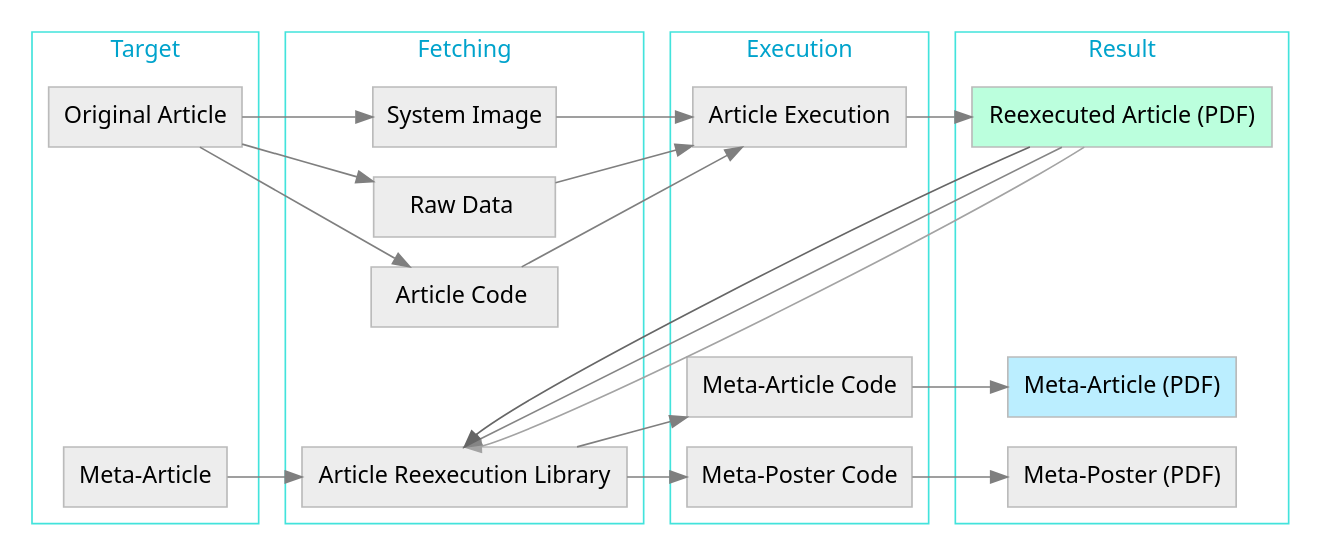
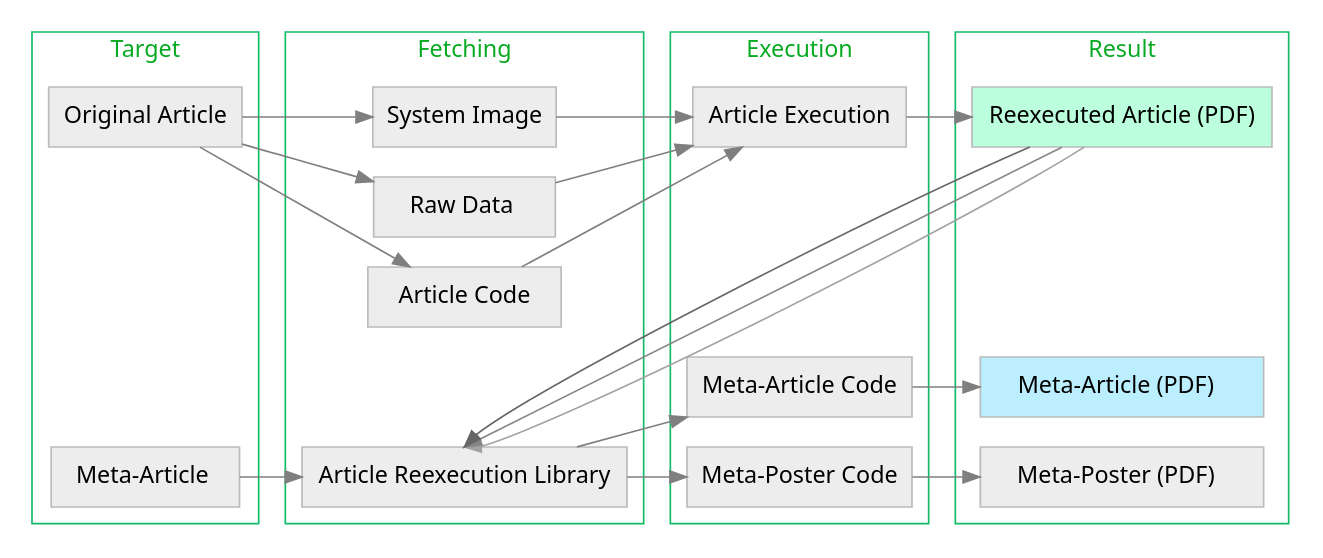
Before and after one commit to con/opfvta-reexecution: the diagram in publishing/data/workflow.dot, drawn with Graphviz. The commit also changed 1 other file, not shown here.

Commit message:
Updated figure style

```diff
--- a/publishing/data/workflow.dot
+++ b/publishing/data/workflow.dot
@@ -1,86 +1,86 @@
 digraph graphname {
     size="14,8";
     graph [fontname = "sans", margin=0, splines=line];
     rankdir="LR";
     node [fontname = "sans", style=filled];
     edge [fontname = "sans", color=gray50];
     subgraph cluster0 {
         margin=10;
         label = "Target";
-        fontcolor = "#00a3cc";
-        color = "#42e3dc";
+        fontcolor = "#07aa22";
+        color = "#11bb66";
 
         oa[label="Original Article", shape=box, color="#BBBBBB", fillcolor=grey93];
         blank00[style=invis];
         blank01[style=invis];
         blank02[style=invis];
-        ma[label="Meta-Article", shape=box, color="#BBBBBB", fillcolor=grey93];
+        ma[label="  Meta-Article  ", shape=box, color="#BBBBBB", fillcolor=grey93];
         }
         //{rank=same; opf_; Con}
 
     oa -> si;
     blank00 -> rd [style=invis];
     blank01 -> ac [style=invis];
     blank02 -> blank10 [style=invis];
     oa -> rd [constraint=false];
     oa -> ac [constraint=false];
     ma -> ras;
 
     subgraph cluster1 {
         margin=10;
         label = "Fetching";
-        fontcolor = "#00a3cc";
-        color = "#42e3dc";
+        fontcolor = "#07aa22";
+        color = "#11bb66";
 
         si[label="System Image", shape=box, color="#BBBBBB", fillcolor=grey93];
         rd[label="    Raw Data    ", shape=box, color="#BBBBBB", fillcolor=grey93];
-        ac[label="  Article Code  ", shape=box, color="#BBBBBB", fillcolor=grey93];
+        ac[label="   Article Code  ", shape=box, color="#BBBBBB", fillcolor=grey93];
         blank10[style=invis];
         ras[label="Article Reexecution Library", shape=box, color="#BBBBBB", fillcolor=grey93];
         }
 
     si -> ae [weight=9];
     rd -> blank21 [style=invis];
     ac -> mac [style=invis];
     ras -> mpc;
     ac -> blank22[style=invis];
     rd -> ae [constraint=false];
     ac -> ae [constraint=false];
     ras -> mac [constraint=false];
 
     subgraph cluster2 {
         margin=10;
         label = "Execution";
-        fontcolor = "#00a3cc";
-        color = "#42e3dc";
+        fontcolor = "#07aa22";
+        color = "#11bb66";
 
         ae[label="Article Execution", shape=box, color="#BBBBBB", fillcolor=grey93];
         blank21[style=invis];
         blank22[style=invis];
         mac[label="Meta-Article Code", shape=box, color="#BBBBBB", fillcolor=grey93];
         mpc[label="Meta-Poster Code", shape=box, color="#BBBBBB", fillcolor=grey93];
         }
 
     ae -> ra;
     blank21 -> blank30 [style=invis];
     blank22 -> blank31 [style=invis];
     mac -> map [constraint=false];
     mpc -> mpp;
 
     subgraph cluster3 {
         margin=10;
         label = "Result";
-        fontcolor = "#00a3cc";
-        color = "#42e3dc";
+        fontcolor = "#07aa22";
+        color = "#11bb66";
 
         ra[label="Reexecuted Article (PDF)", shape=box, color="#BBBBBB", fillcolor="#bbffdd"];
         blank30[style=invis];
         blank31[style=invis];
-        map[label="Meta-Article (PDF)", shape=box, color="#BBBBBB", fillcolor="#bbeeff"];
-        mpp[label="Meta-Poster (PDF)", shape=box, color="#BBBBBB", fillcolor=grey93];
+        map[label="    Meta-Article (PDF)     ", shape=box, color="#BBBBBB", fillcolor="#bbeeff"];
+        mpp[label="    Meta-Poster (PDF)     ", shape=box, color="#BBBBBB", fillcolor=grey93];
         }
     ra -> ras:n [constraint=false, color=grey64];
     ra -> ras:n [constraint=false, color=grey52];
     ra -> ras:n [constraint=false, color=grey40];
 
 }
```
